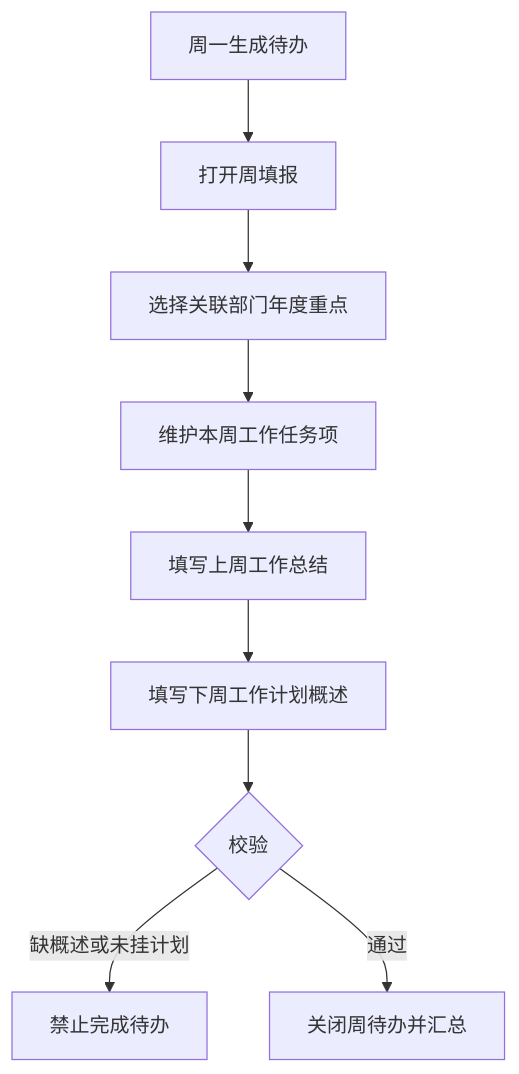
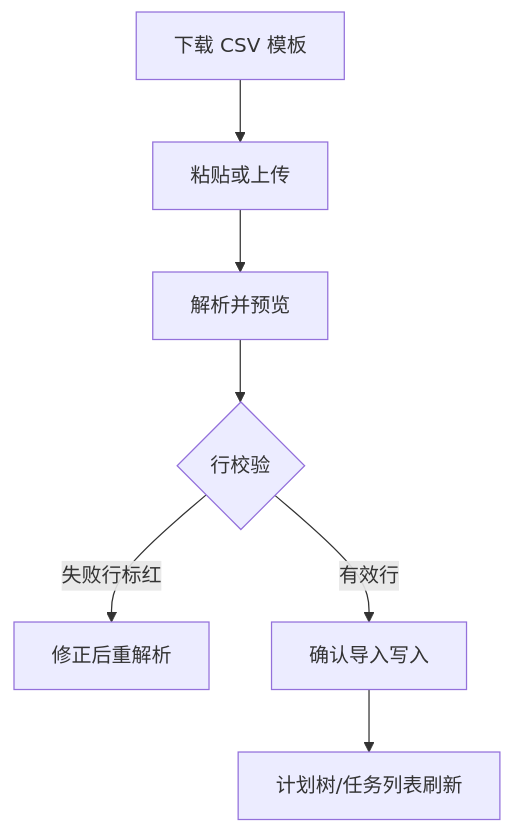
The third of 3 diagrams in docs/versions/v4.0.0/prd.md (liaoliao66/BMS), drawn with Mermaid before and after one commit. The commit also changed other lines of this file and 20 other files, not shown here.

````diff
--- a/docs/versions/v4.0.0/prd.md
+++ b/docs/versions/v4.0.0/prd.md
@@ -129,11 +152,9 @@
 ```mermaid
 flowchart TD
-  A[周一生成待办] --> B[打开周填报]
-  B --> C[选择关联部门年度重点]
-  C --> D[维护本周工作任务项]
-  D --> E[填写上周工作总结]
-  E --> F[填写下周工作计划概述]
-  F --> G{校验}
-  G -->|缺概述或未挂计划| H[禁止完成待办]
-  G -->|通过| I[关闭周待办并汇总]
+  A[下载 CSV 模板] --> B[粘贴或上传]
+  B --> C[解析并预览]
+  C --> D{行校验}
+  D -->|失败行标红| E[修正后重解析]
+  D -->|有效行| F[确认导入写入]
+  F --> G[计划树/任务列表刷新]
 ```
````
